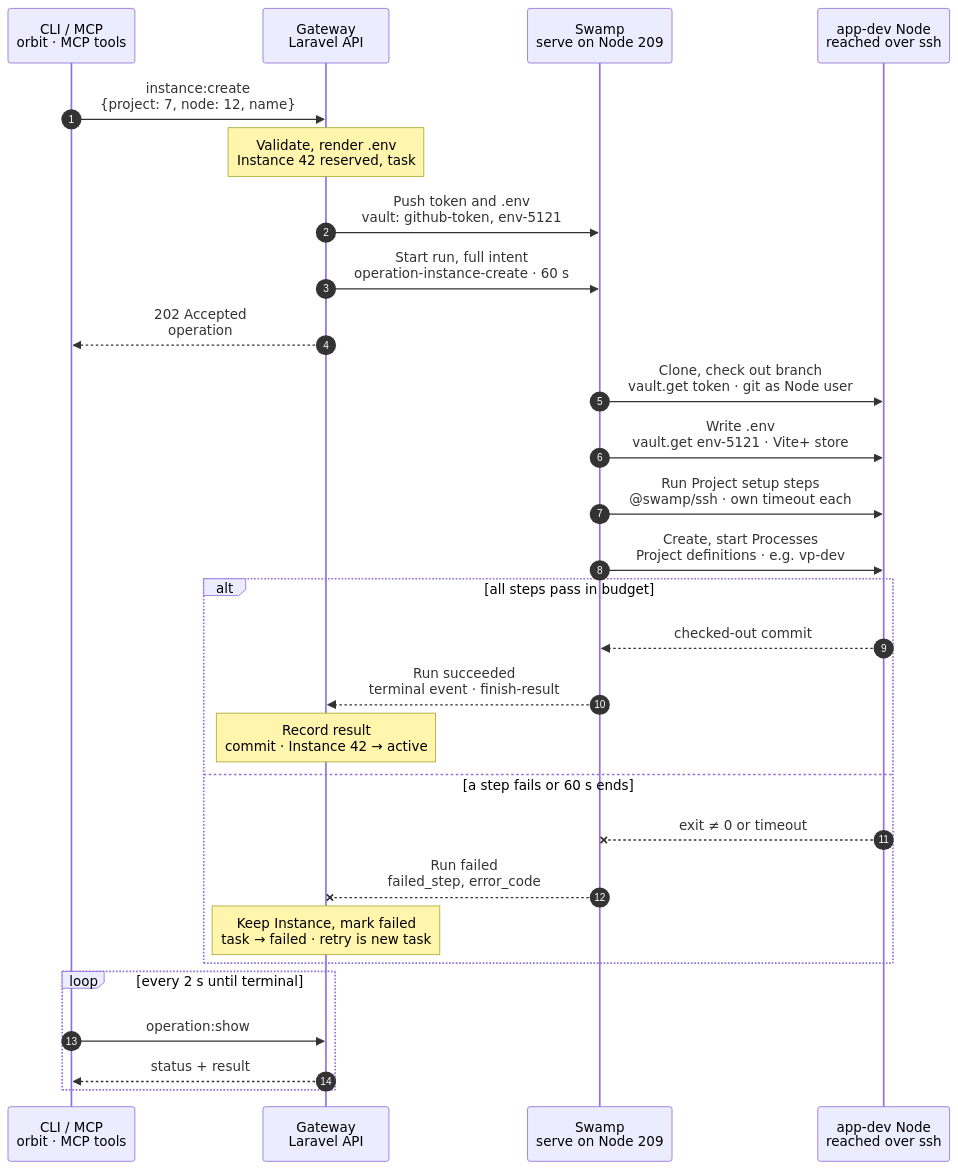
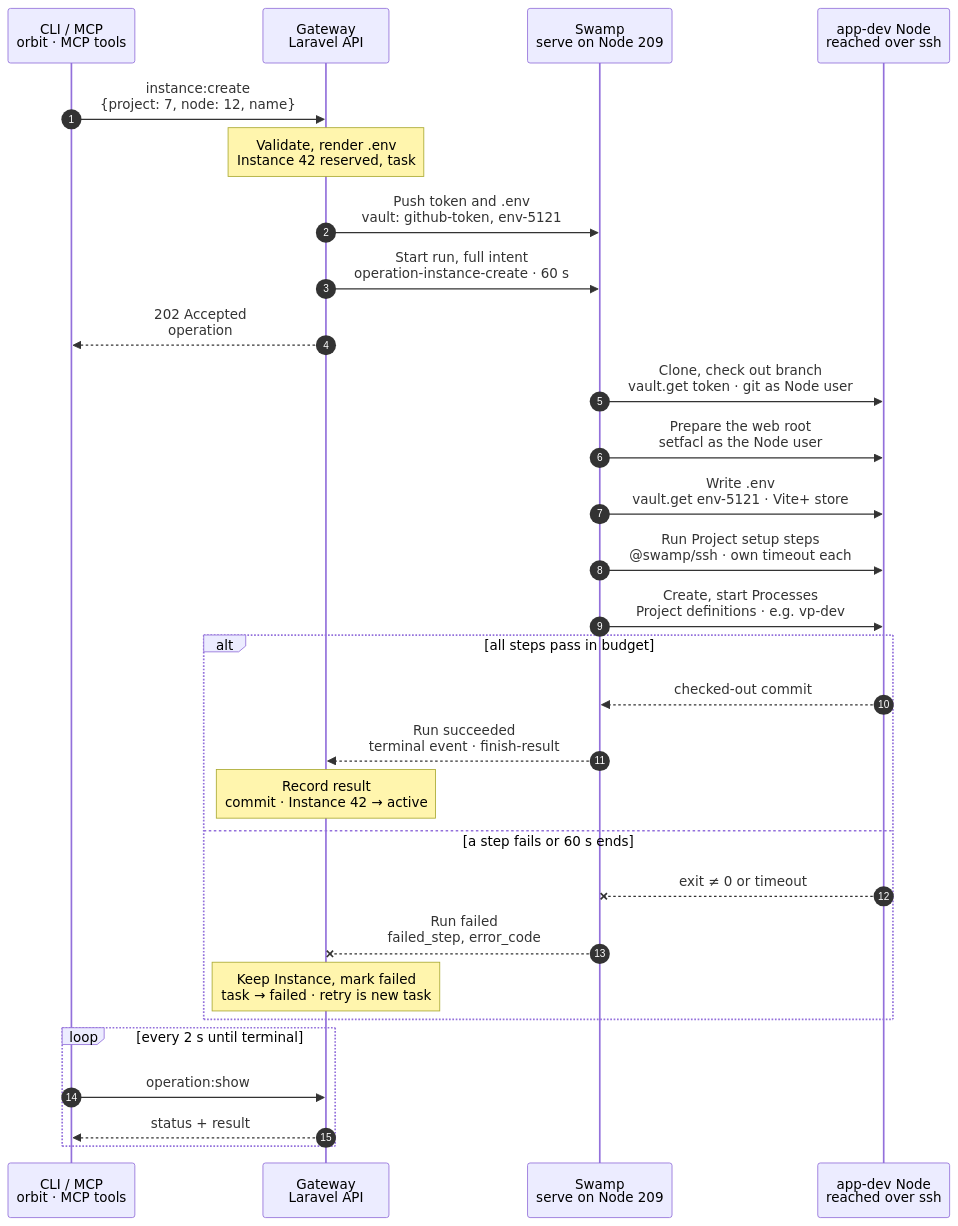
The diagram in docs/flows/instance.create.mmd (hardimpactdev/orbit), drawn with Mermaid before and after one commit.

Commit message:
docs(flows): instance.create simplification

```diff
--- a/docs/flows/instance.create.mmd
+++ b/docs/flows/instance.create.mmd
@@ -1,130 +1,139 @@
 sequenceDiagram
   %% Target design: ADR 0244 task + full intent as inputs, single Swamp Node, DECISIONS 1 (token minted at admission, vault.get), Gateway renders .env from the Project env template (orbit-gateway-renders-create-env; Nick 2026-11-01), budget rule swamp-operation-time-budgets (<10 s, 60 s).
   %% status: reviewed
   %% command: instance:create
   autonumber
   %% lane CLI icon=terminal pill=caller tone=gray
   %% lane GW icon=gateway pill=intent tone=blue
   %% lane SW icon=workflow pill=executes tone=green
   %% lane N icon=server pill=target tone=amber
   participant CLI as CLI / MCP<br/>orbit · MCP tools
   participant GW as Gateway<br/>Laravel API
   participant SW as Swamp<br/>serve on Node 209
   participant N as app-dev Node<br/>reached over ssh
   CLI->>GW: instance:create<br/>{project: 7, node: 12, name}
   %%> Input:
   %%> - Project, app-dev Node and Instance name
   %%> - optional: branch, domain, Database server for the Instance's database
   %%> Who can call it:
   %%> - the `orbit` CLI and the MCP tool send the same request
   Note over GW: Validate, render .env<br/>Instance 42 reserved, task #5121
   %%> Requirements:
   %%> - your Node has an access grant to Node 12
   %%> - the Node has the `app-dev` role
   %%> - the Project may be placed on this Node (not excluded)
   %%> - the Instance name and path are free
   %%> Renders .env:
   %%> - from the Project's stored env template, with its placeholders
   %%> - filled with Instance values: `APP_URL`, a new `APP_KEY`, database keys
   %%> Result:
   %%> - Instance 42 recorded as reserved, with its rendered environment
   %%> - task #5121 recorded with the full intent
   %%> - nothing has happened on the Node yet
   GW->>SW: Push token and .env<br/>vault: github-token, env-5121
   %%> Why:
   %%> - the repository is private, so the clone needs a GitHub token
   %%> - only the Gateway holds the GitHub App key
   %%> - `.env` can hold secrets, which travel only through the vault
   %%> What it does:
   %%> - mints a read token for this one repository, valid 1 hour
   %%> - pushes the token and the rendered `.env` into Swamp's vault
   %%> Result:
   %%> - the run reads both from the vault; no step calls the Gateway back (decision 1)
   GW->>SW: Start run, full intent<br/>operation-instance-create · 60 s
   %%> What it does:
   %%> - starts one run of `operation-instance-create` on Swamp serve (Node 209)
   %%> Inputs:
   %%> - everything the run needs: Node address, paths, branch, setup steps
   %%> - secrets only as vault key names
   %%> Budget:
   %%> - 60 s for the whole run, target under 10 s
   GW-->>CLI: 202 Accepted<br/>operation #5121
   %%> What you get:
   %%> - the task number, at once
   %%> Next:
   %%> - the work continues in Swamp; the CLI follows it with `operation:show`
   SW->>N: Clone, check out branch<br/>vault.get token · git as Node user
   %%> How:
   %%> - Swamp reaches the Node over `@swamp/ssh` from 209
   %%> What it does:
   %%> - clones the repository into the Instance path with the vault token
   %%> - checks out the branch
   %%> Runs as:
   %%> - the Node's own user, not root
+  SW->>N: Prepare the web root<br/>setfacl as the Node user
+  %%> What it does:
+  %%> - grants Caddy read access to the web root, and passage through the directories above it
+  %%> - denies Caddy the rest of the checkout and its Git directory
+  %%> - converges the shared PHP-FPM pool for Instance 42
+  %%> Why here:
+  %%> - a one-time Instance setup; every Route of Instance 42 then serves without touching the checkout
+  %%> Runs as:
+  %%> - the Node's managed user; root only above every checkout
   SW->>N: Write .env<br/>vault.get env-5121 · Vite+ store
   %%> What it does:
   %%> - writes the rendered `.env` from the vault into the checkout
   %%> - selects the Node's Vite+ store for this Project (`VP_HOME`), so `vp` works in the setup steps
   %%> Not included:
   %%> - renders nothing; the Gateway already rendered `.env`
   %%> - installs no dependencies; `composer install` and `vp install` are setup steps
   %%> - starts no Process; that happens after the setup steps
   SW->>N: Run Project setup steps<br/>@swamp/ssh · own timeout each
   %%> What it does:
   %%> - runs the Project's setup steps in order, as the Node's managed user, from the repository root
   %%> Typical steps:
   %%> - `composer install`
   %%> - `vp install`
   %%> - `php artisan migrate`
   %%> Limits:
   %%> - each step has its own timeout
   %%> - the whole run stays inside the 60 s budget
   SW->>N: Create, start Processes<br/>Project definitions · e.g. vp-dev
   %%> What it does:
   %%> - creates the Instance's Processes from the Project's Process definitions for `development`
   %%> - starts them, for example the Vite dev server (`vp-dev`) or a queue worker
   %%> Why here:
   %%> - after the setup steps, because Processes need the installed dependencies
   %%> Today:
   %%> - Project definitions only accept `production`; `development` must be added
   alt all steps pass in budget
     N-->>SW: checked-out commit
     %%> Returns:
     %%> - the commit that was checked out
     %%> Not returned:
     %%> - nothing about `.env`; the Gateway rendered and stored it before the run
     SW-->>GW: Run succeeded<br/>terminal event · finish-result
   %%> How the Gateway learns it:
   %%> - its shared run reader sees the terminal event and reads the run's outputs
   %%> - Swamp never calls the Gateway; the Gateway reads
     Note over GW: Record result<br/>commit · Instance 42 → active
     %%> Result:
     %%> - the commit is recorded
     %%> - Instance 42 becomes active
     %%> - task #5121 succeeds
   else a step fails or 60 s ends
     N--xSW: exit ≠ 0 or timeout
   %%> When:
   %%> - a step exits with an error, or the 60 s budget runs out
   %%> Effect:
   %%> - the run stops at that step
     SW--xGW: Run failed<br/>failed_step, error_code
   %%> The Gateway reads:
   %%> - which step failed
   %%> - its error code
     Note over GW: Keep Instance, mark failed<br/>task → failed · retry is new task
   %%> Result:
   %%> - Instance 42 stays, marked failed, so you can see what happened
   %%> - task #5121 fails
   %%> Retry:
   %%> - a retry is a new task; the Gateway never re-runs work by itself
   end
   loop every 2 s until terminal
     CLI->>GW: operation:show #5121
   %%> What it does:
   %%> - asks for the task's status every 2 seconds until it has ended
     GW-->>CLI: status + result
   %%> Returns:
   %%> - the current status
   %%> - the result, once the task has ended
   end
```
